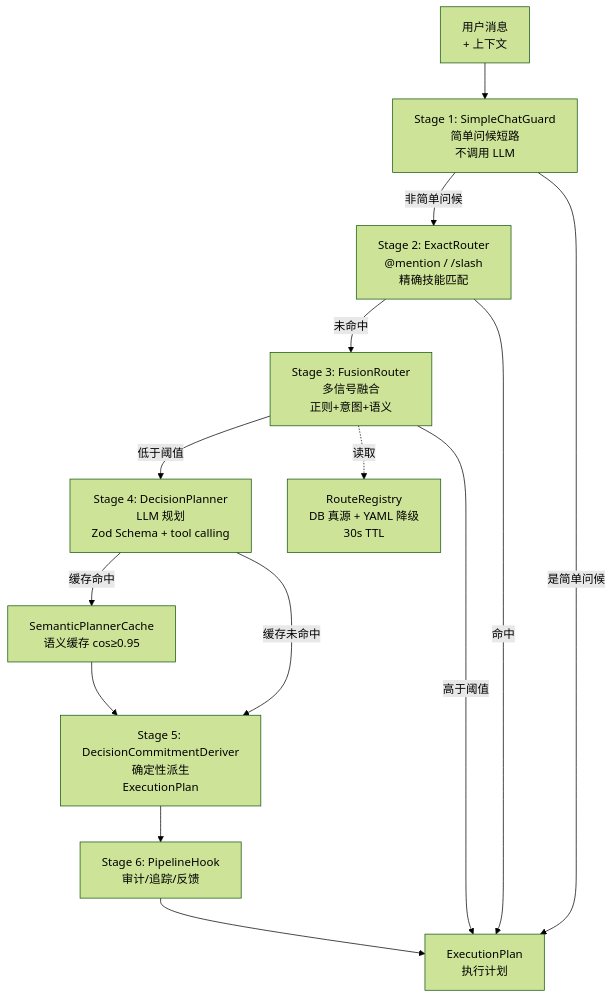
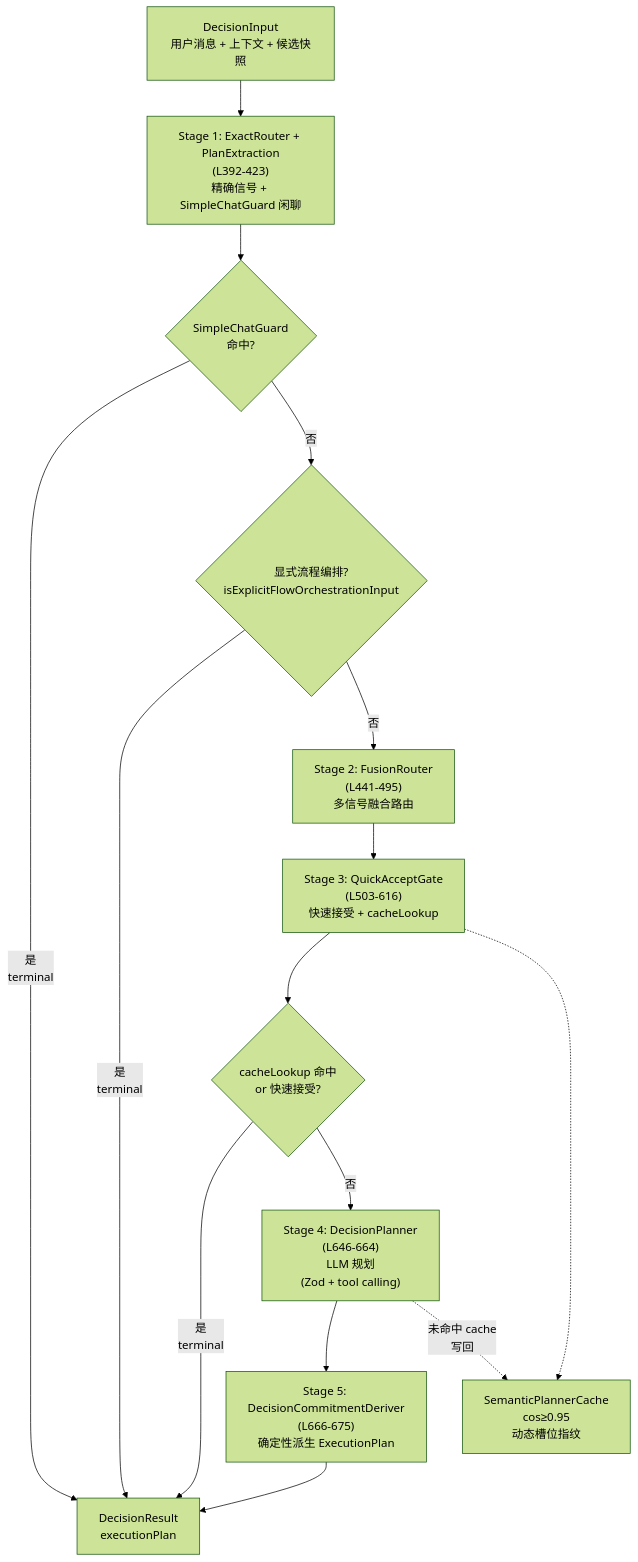
The second of 3 diagrams in src/part4-agent/ch10-decision-engine.md (GGwujun/deep-dive-winmatrix), drawn with Mermaid (forest theme) before and after one commit. The commit also changed other lines of this file and 35 other files, not shown here.

````diff
--- a/src/part4-agent/ch10-decision-engine.md
+++ b/src/part4-agent/ch10-decision-engine.md
@@ -32,29 +157,32 @@
 ```mermaid
 graph TB
-    INPUT["用户消息<br/>+ 上下文"]
+    INPUT["DecisionInput<br/>用户消息 + 上下文 + 候选快照"]
 
-    S1["Stage 1: SimpleChatGuard<br/>简单问候短路<br/>不调用 LLM"]
-    S2["Stage 2: ExactRouter<br/>@mention / /slash<br/>精确技能匹配"]
-    S3["Stage 3: FusionRouter<br/>多信号融合<br/>正则+意图+语义"]
-    S4["Stage 4: DecisionPlanner<br/>LLM 规划<br/>Zod Schema + tool calling"]
-    S5["Stage 5: DecisionCommitmentDeriver<br/>确定性派生<br/>ExecutionPlan"]
-    S6["Stage 6: PipelineHook<br/>审计/追踪/反馈"]
+    S1["Stage 1: ExactRouter + PlanExtraction<br/>(L392-423)<br/>精确信号 + SimpleChatGuard 闲聊"]
+    SHORT1{"SimpleChatGuard<br/>命中?"}
+    FLOW{"显式流程编排?<br/>isExplicitFlowOrchestrationInput"}
+    S2["Stage 2: FusionRouter<br/>(L441-495)<br/>多信号融合路由"]
+    S3["Stage 3: QuickAcceptGate<br/>(L503-616)<br/>快速接受 + cacheLookup"]
+    SHORT3{"cacheLookup 命中<br/>or 快速接受?"}
+    S4["Stage 4: DecisionPlanner<br/>(L646-664)<br/>LLM 规划<br/>(Zod + tool calling)"]
+    S5["Stage 5: DecisionCommitmentDeriver<br/>(L666-675)<br/>确定性派生 ExecutionPlan"]
 
-    CACHE["SemanticPlannerCache<br/>语义缓存 cos≥0.95"]
-    RULES["RouteRegistry<br/>DB 真源 + YAML 降级<br/>30s TTL"]
+    OUTPUT["DecisionResult<br/>executionPlan"]
 
     INPUT --> S1
-    S1 -->|"非简单问候"| S2
-    S2 -->|"未命中"| S3
-    S3 -->|"低于阈值"| S4
-    S4 -->|"缓存命中"| CACHE
-    CACHE --> S5
-    S4 -->|"缓存未命中"| S5
-    S3 -.读取.-> RULES
-    S5 --> S6
-    S6 --> OUTPUT["ExecutionPlan<br/>执行计划"]
+    S1 --> SHORT1
+    SHORT1 -->|"是<br/>terminal"| OUTPUT
+    SHORT1 -->|"否"| FLOW
+    FLOW -->|"是<br/>terminal"| OUTPUT
+    FLOW -->|"否"| S2
+    S2 --> S3
+    S3 --> SHORT3
+    SHORT3 -->|"是<br/>terminal"| OUTPUT
+    SHORT3 -->|"否"| S4
+    S4 --> S5
+    S5 --> OUTPUT
 
-    S1 -->|"是简单问候"| OUTPUT
-    S2 -->|"命中"| OUTPUT
-    S3 -->|"高于阈值"| OUTPUT
+    CACHE["SemanticPlannerCache<br/>cos≥0.95<br/>动态槽位指纹"]
+    S3 -.-> CACHE
+    S4 -.->|"未命中 cache<br/>写回"| CACHE
 ```
````
